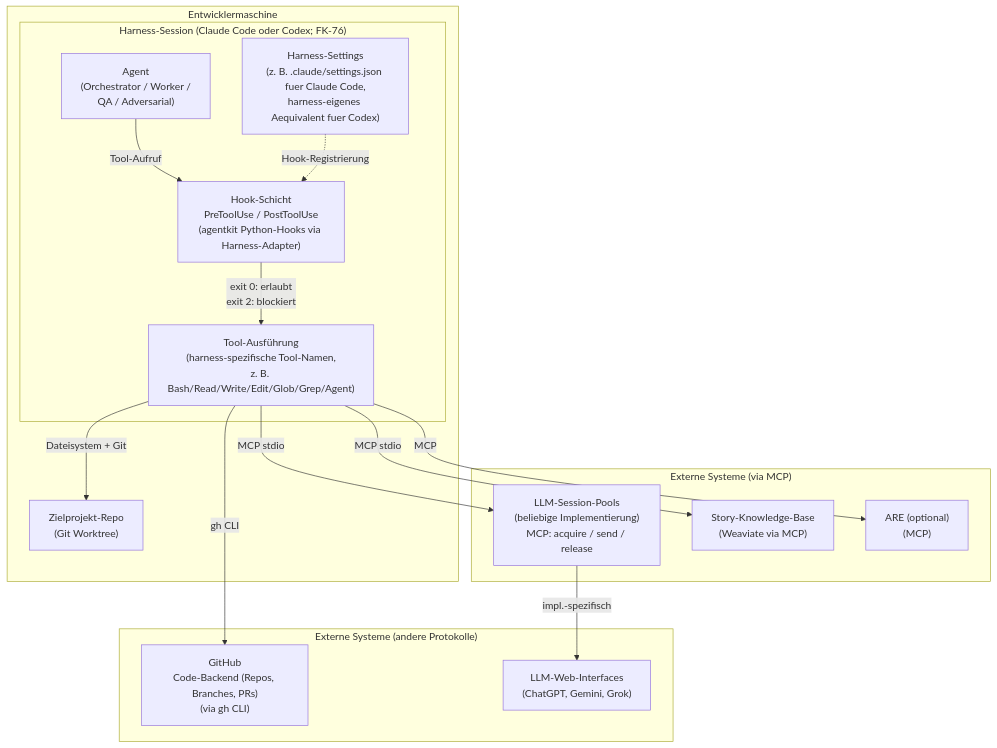
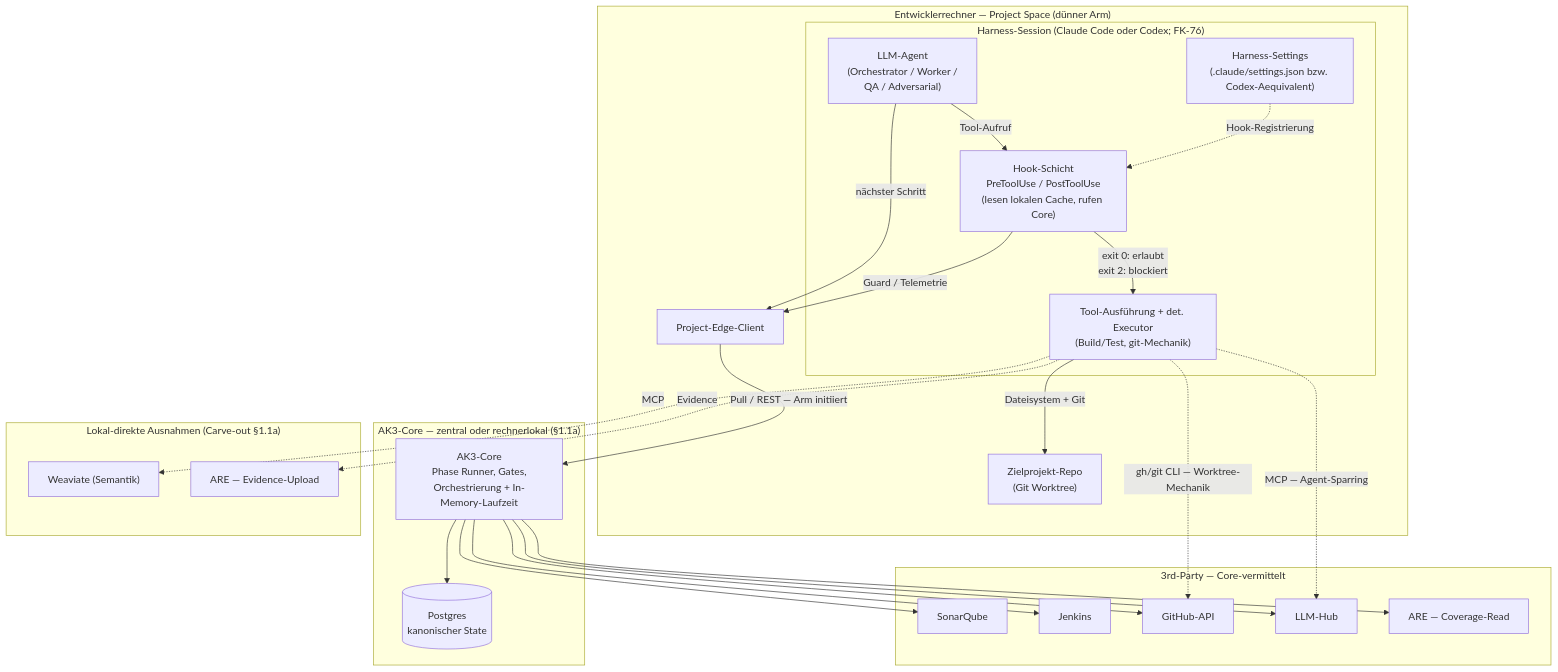
The first of 4 diagrams in concept/technical-design/01_systemkontext_und_architekturprinzipien.md (saltenhof/claude-agentkit3), drawn with Mermaid before and after one commit. The commit also changed other lines of this file and 66 other files, not shown here.

````diff
--- a/concept/technical-design/01_systemkontext_und_architekturprinzipien.md
+++ b/concept/technical-design/01_systemkontext_und_architekturprinzipien.md
@@ -54,36 +145,52 @@
 ```mermaid
 graph TB
-    subgraph DEV["Entwicklermaschine"]
+    subgraph DEV["Entwicklerrechner — Project Space (dünner Arm)"]
 
         subgraph CC["Harness-Session (Claude Code oder Codex; FK-76)"]
-            AGENT["Agent<br/>(Orchestrator / Worker /<br/>QA / Adversarial)"]
-            HOOKS["Hook-Schicht<br/>PreToolUse / PostToolUse<br/>(agentkit Python-Hooks via Harness-Adapter)"]
-            TOOLS["Tool-Ausführung<br/>(harness-spezifische Tool-Namen,<br/>z. B. Bash/Read/Write/Edit/Glob/Grep/Agent)"]
-            SETTINGS["Harness-Settings<br/>(z. B. .claude/settings.json fuer Claude Code,<br/>harness-eigenes Aequivalent fuer Codex)"]
+            AGENT["LLM-Agent<br/>(Orchestrator / Worker /<br/>QA / Adversarial)"]
+            HOOKS["Hook-Schicht<br/>PreToolUse / PostToolUse<br/>(lesen lokalen Cache, rufen Core)"]
+            TOOLS["Tool-Ausführung + det. Executor<br/>(Build/Test, git-Mechanik)"]
+            SETTINGS["Harness-Settings<br/>(.claude/settings.json bzw. Codex-Aequivalent)"]
 
             AGENT -->|"Tool-Aufruf"| HOOKS
             HOOKS -->|"exit 0: erlaubt<br/>exit 2: blockiert"| TOOLS
             SETTINGS -.->|"Hook-Registrierung"| HOOKS
         end
 
+        PE["Project-Edge-Client"]
         REPO["Zielprojekt-Repo<br/>(Git Worktree)"]
         TOOLS -->|"Dateisystem + Git"| REPO
+        AGENT -->|"nächster Schritt"| PE
+        HOOKS -->|"Guard / Telemetrie"| PE
     end
 
-    subgraph EXTERN_MCP["Externe Systeme (via MCP)"]
-        LLM_POOLS["LLM-Session-Pools<br/>(beliebige Implementierung)<br/>MCP: acquire / send / release"]
-        VEKTORDB["Story-Knowledge-Base<br/>(Weaviate via MCP)"]
-        ARE["ARE (optional)<br/>(MCP)"]
+    subgraph CORE_BOX["AK3-Core — zentral oder rechnerlokal (§1.1a)"]
+        CORE["AK3-Core<br/>Phase Runner, Gates,<br/>Orchestrierung + In-Memory-Laufzeit"]
+        PG[("Postgres<br/>kanonischer State")]
+        CORE --> PG
     end
 
-    subgraph EXTERN_OTHER["Externe Systeme (andere Protokolle)"]
-        GITHUB["GitHub<br/>Code-Backend (Repos, Branches, PRs)<br/>(via gh CLI)"]
-        LLM_WEB["LLM-Web-Interfaces<br/>(ChatGPT, Gemini, Grok)"]
+    subgraph TP["3rd-Party — Core-vermittelt"]
+        SONAR["SonarQube"]
+        JENKINS["Jenkins"]
+        GH["GitHub-API"]
+        HUB["LLM-Hub"]
+        ARER["ARE — Coverage-Read"]
     end
 
-    TOOLS -->|"MCP stdio"| LLM_POOLS
-    TOOLS -->|"MCP stdio"| VEKTORDB
-    TOOLS -->|"MCP"| ARE
-    TOOLS -->|"gh CLI"| GITHUB
-    LLM_POOLS -->|"impl.-spezifisch"| LLM_WEB
+    subgraph DIRECT["Lokal-direkte Ausnahmen (Carve-out §1.1a)"]
+        WV["Weaviate (Semantik)"]
+        AREW["ARE — Evidence-Upload"]
+    end
+
+    PE -->|"Pull / REST — Arm initiiert"| CORE
+    CORE --> SONAR
+    CORE --> JENKINS
+    CORE --> GH
+    CORE --> HUB
+    CORE --> ARER
+    TOOLS -.->|"MCP — Agent-Sparring"| HUB
+    TOOLS -.->|"MCP"| WV
+    TOOLS -.->|"Evidence"| AREW
+    TOOLS -.->|"gh/git CLI — Worktree-Mechanik"| GH
 ```
````
